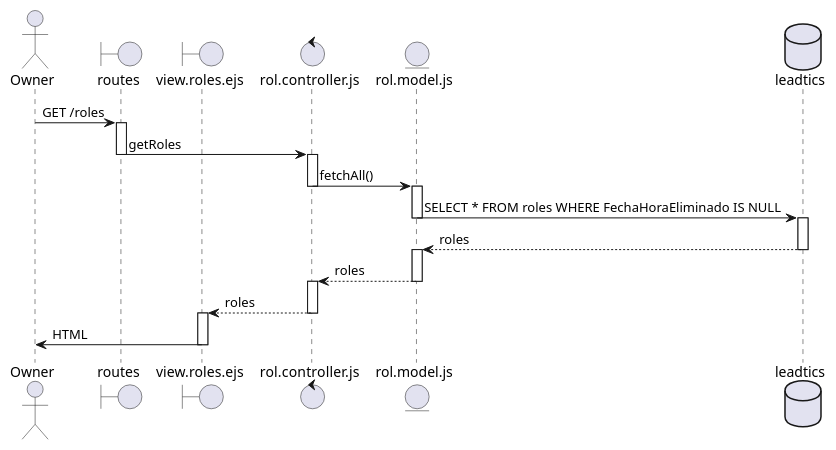
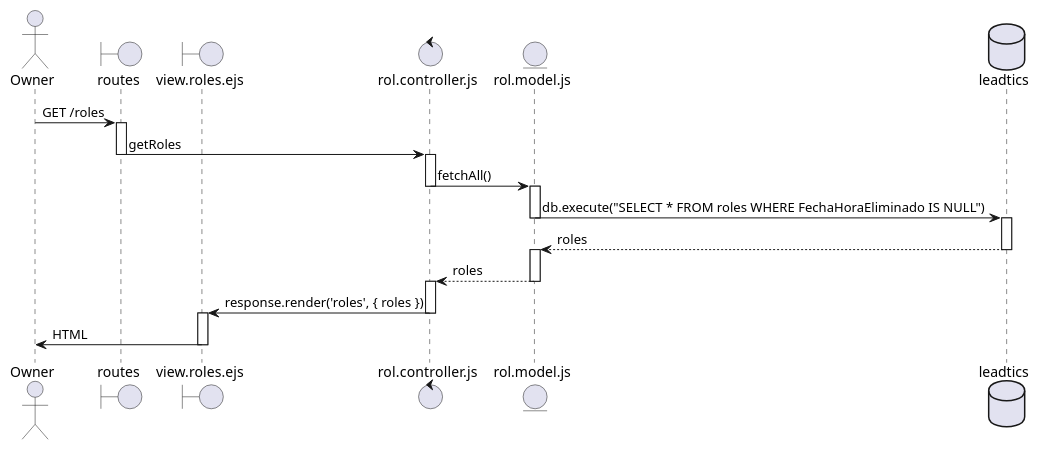
The diagram in docs/DiagramasSecuencia/CU14.wsd (DiegoGarciaPadilla/TC2005B-Leadsales), drawn with PlantUML before and after one commit. The commit also changed 1 other file, not shown here.

Commit message:
fix(diagrams): fix CU14 and CU15 sequence diagrams

```diff
--- a/docs/DiagramasSecuencia/CU14.wsd
+++ b/docs/DiagramasSecuencia/CU14.wsd
@@ -1,40 +1,40 @@
 @startuml
 
 actor Owner
 boundary routes
 boundary view.roles.ejs
 control rol.controller.js
 entity rol.model.js
 database leadtics
 
 Owner -> routes : GET /roles
 activate routes
 
 routes -> rol.controller.js : getRoles
 deactivate routes
 activate rol.controller.js
 
 rol.controller.js -> rol.model.js : fetchAll()
 deactivate rol.controller.js
 activate rol.model.js
 
-rol.model.js -> leadtics : SELECT * FROM roles WHERE FechaHoraEliminado IS NULL
+rol.model.js -> leadtics : db.execute("SELECT * FROM roles WHERE FechaHoraEliminado IS NULL")
 deactivate rol.model.js
 activate leadtics
 
 leadtics --> rol.model.js : roles
 deactivate leadtics
 activate rol.model.js
 
 rol.model.js --> rol.controller.js : roles
 deactivate rol.model.js
 activate rol.controller.js
 
-rol.controller.js --> view.roles.ejs : roles
+rol.controller.js -> view.roles.ejs : response.render('roles', { roles })
 deactivate rol.controller.js
 activate view.roles.ejs
 
 view.roles.ejs -> Owner : HTML
 deactivate view.roles.ejs
 
 @enduml
```
